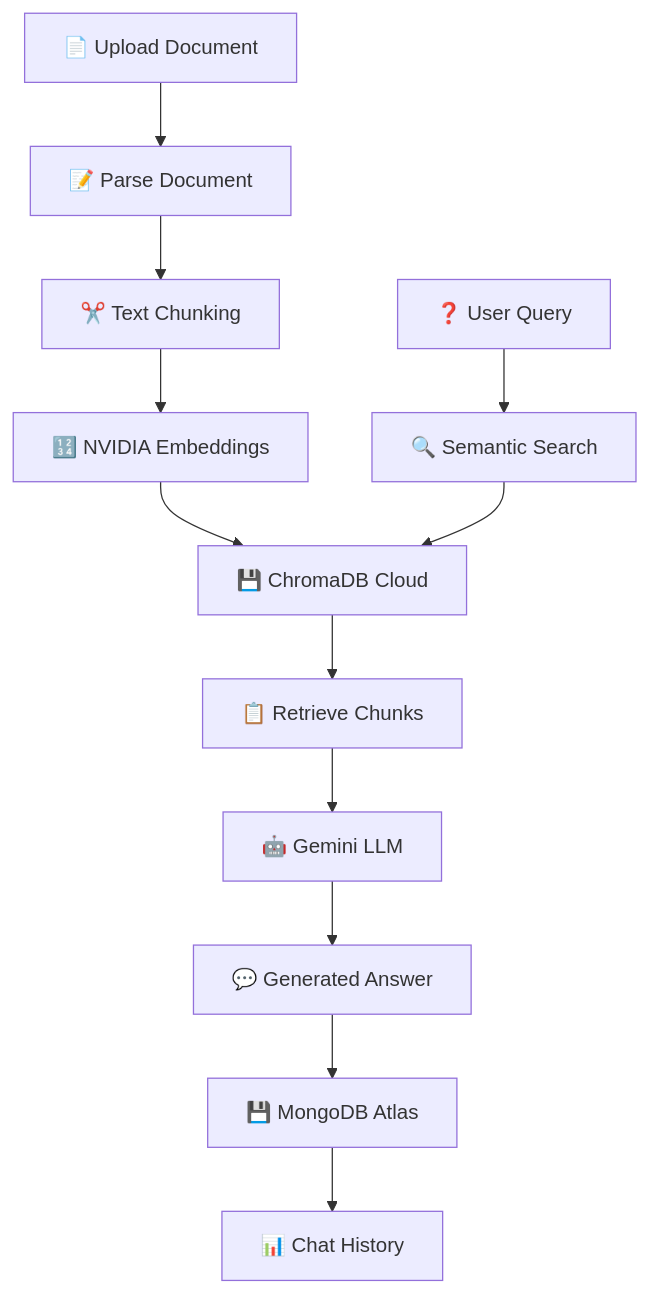
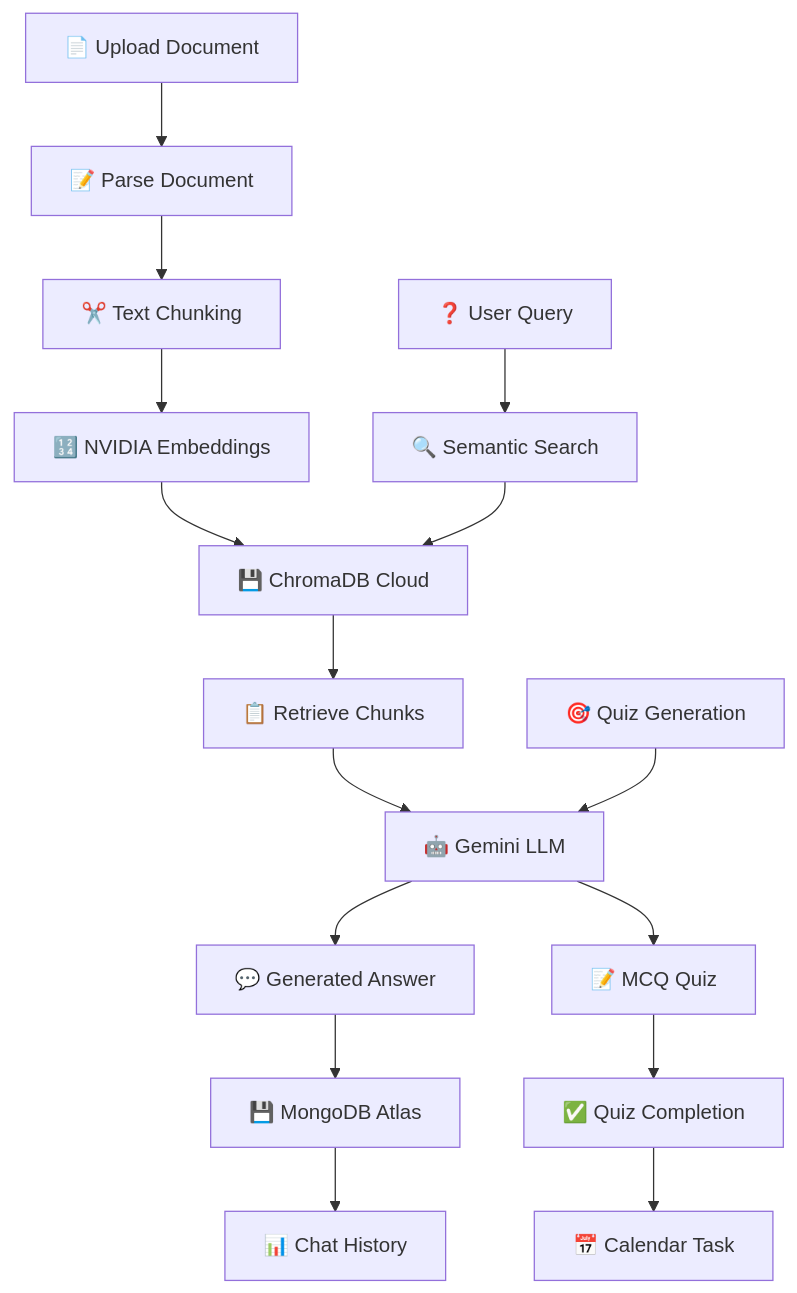
Before and after one commit to debashish17/Knowledgebase-RAG: the diagram in README.md, drawn with Mermaid. The commit also changed other lines of this file and 7 other files, not shown here.

````diff
--- a/README.md
+++ b/README.md
@@ -177,14 +229,18 @@
 ```mermaid
 graph TD
     A[📄 Upload Document] --> B[📝 Parse Document]
     B --> C[✂️ Text Chunking]
     C --> D[🔢 NVIDIA Embeddings]
     D --> E[💾 ChromaDB Cloud]
     F[❓ User Query] --> G[🔍 Semantic Search]
     G --> E
     E --> H[📋 Retrieve Chunks]
     H --> I[🤖 Gemini LLM]
     I --> J[💬 Generated Answer]
     J --> K[💾 MongoDB Atlas]
     K --> L[📊 Chat History]
+    M[🎯 Quiz Generation] --> I
+    I --> N[📝 MCQ Quiz]
+    N --> O[✅ Quiz Completion]
+    O --> P[📅 Calendar Task]
 ```
````
